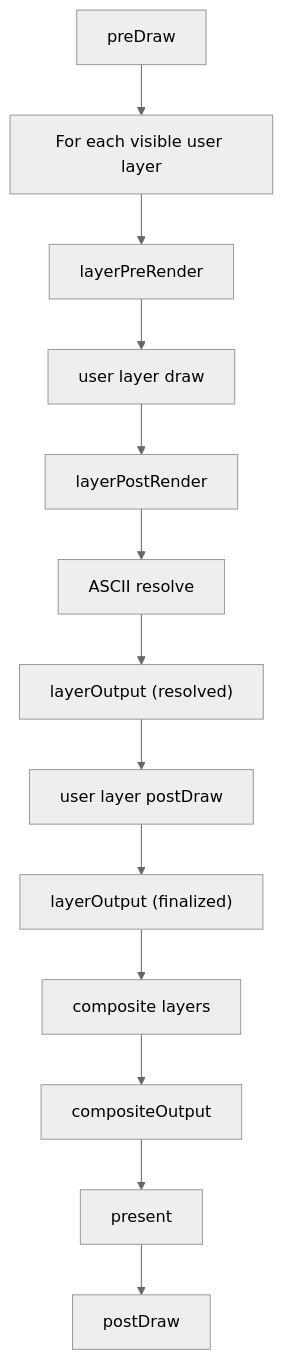
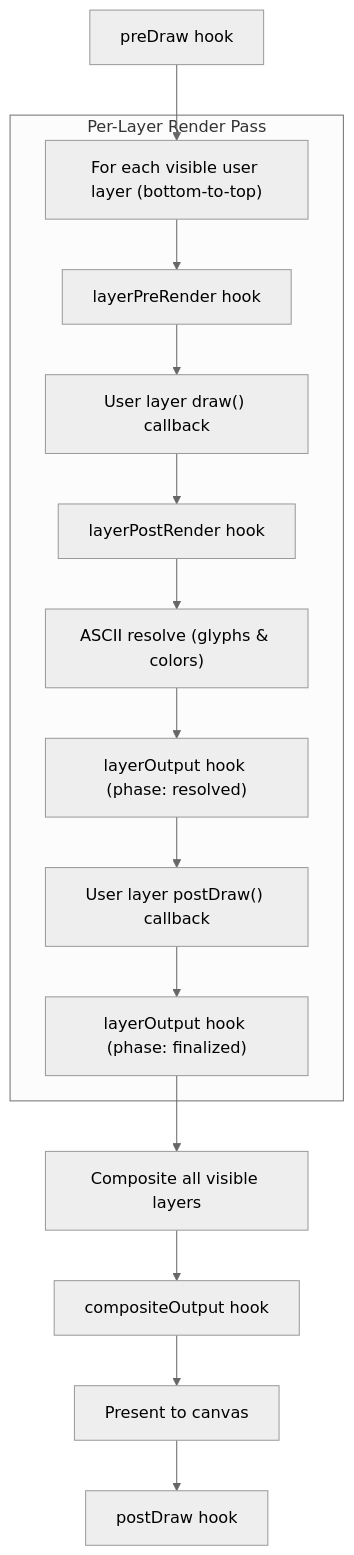
Before and after one commit to humanbydefinition/code.textmode.art: the second of 2 diagrams in docs/plugins.md, drawn with Mermaid (neutral theme). The commit also changed other lines of this file, not shown here.

Commit message:
docs: enhance plugins documentation with detailed lifecycle and teardown information

````diff
--- a/docs/plugins.md
+++ b/docs/plugins.md
@@ -41,15 +44,19 @@
 ```mermaid
 flowchart TD
-  A["preDraw"] --> B["For each visible user layer"]
-  B --> C["layerPreRender"]
-  C --> D["user layer draw"]
-  D --> E["layerPostRender"]
-  E --> F["ASCII resolve"]
-  F --> G["layerOutput (resolved)"]
-  G --> H["user layer postDraw"]
-  H --> I["layerOutput (finalized)"]
-  I --> J["composite layers"]
-  J --> K["compositeOutput"]
-  K --> L["present"]
-  L --> M["postDraw"]
+  A["preDraw hook"] --> B["For each visible user layer (bottom-to-top)"]
+
+  subgraph LayerPass ["Per-Layer Render Pass"]
+    B --> C["layerPreRender hook"]
+    C --> D["User layer draw() callback"]
+    D --> E["layerPostRender hook"]
+    E --> F["ASCII resolve (glyphs & colors)"]
+    F --> G["layerOutput hook (phase: resolved)"]
+    G --> H["User layer postDraw() callback"]
+    H --> I["layerOutput hook (phase: finalized)"]
+  end
+
+  I --> J["Composite all visible layers"]
+  J --> K["compositeOutput hook"]
+  K --> L["Present to canvas"]
+  L --> M["postDraw hook"]
 ```
````
